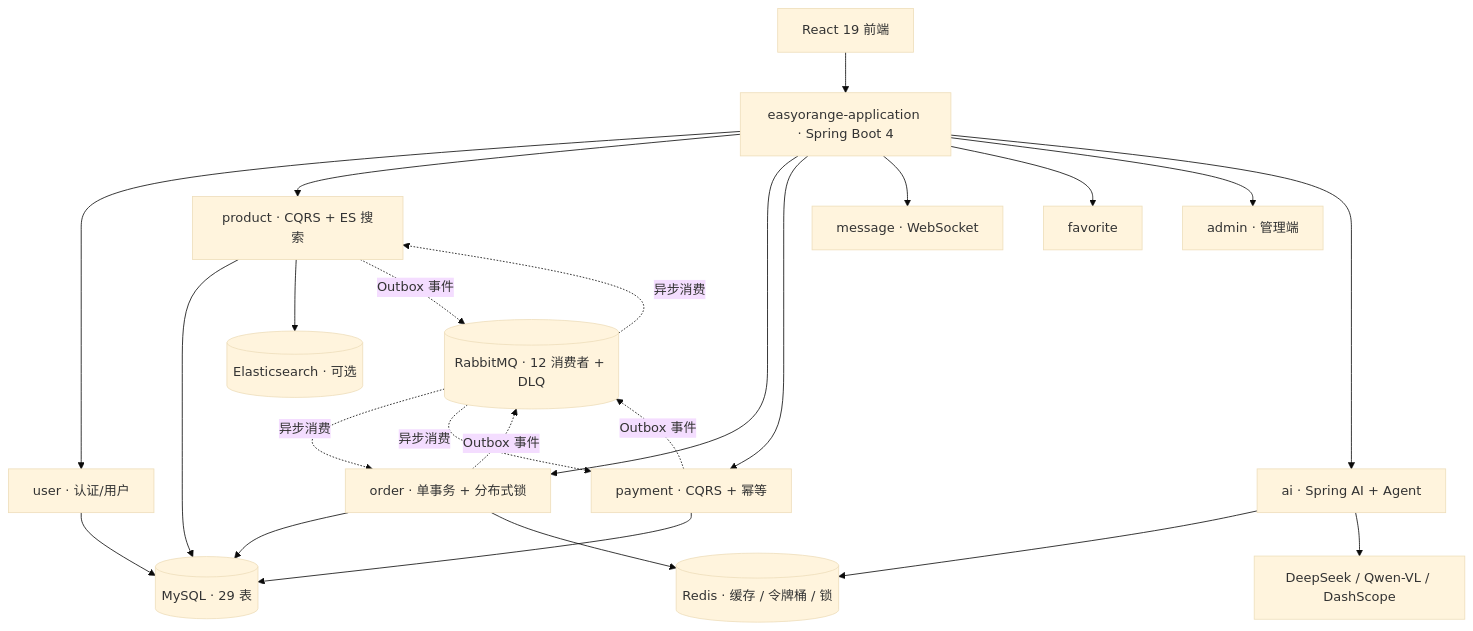
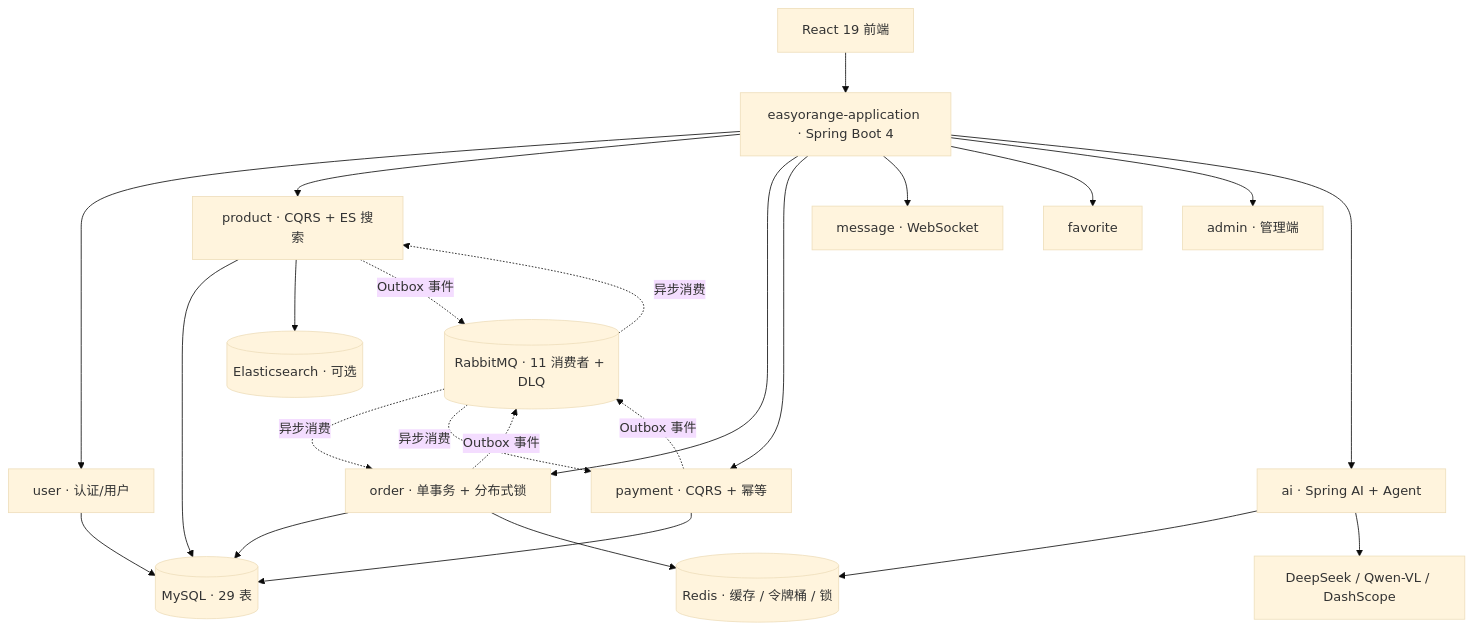
One commit to Xytheria-t/EasyOrange changed the diagram in README.md. Above: the diagram before and after it, drawn with Mermaid (base theme). The commit also changed other lines of this file and 14 other files, not shown here.

````diff
--- a/README.md
+++ b/README.md
@@ -41,46 +41,46 @@
 ```mermaid
 flowchart TB
     FE["React 19 前端"]
     APP["easyorange-application · Spring Boot 4"]
     USER["user · 认证/用户"]
     PROD["product · CQRS + ES 搜索"]
     ORD["order · 单事务 + 分布式锁"]
     PAY["payment · CQRS + 幂等"]
     MSG["message · WebSocket"]
     FAV["favorite"]
     ADMIN["admin · 管理端"]
     AI["ai · Spring AI + Agent"]
-    MQ[("RabbitMQ · 12 消费者 + DLQ")]
+    MQ[("RabbitMQ · 11 消费者 + DLQ")]
     DB[("MySQL · 29 表")]
     REDIS[("Redis · 缓存 / 令牌桶 / 锁")]
     ES[("Elasticsearch · 可选")]
     LLM["DeepSeek / Qwen-VL / DashScope"]
 
     FE --> APP
 
     APP --> USER
     APP --> PROD
     APP --> ORD
     APP --> PAY
     APP --> MSG
     APP --> FAV
     APP --> ADMIN
     APP --> AI
 
     USER --> DB
     PROD --> DB
     ORD --> DB
     PAY --> DB
     PROD --> ES
 
     ORD --> REDIS
     AI --> REDIS
     AI --> LLM
 
     PROD -. "Outbox 事件" .-> MQ
     ORD -. "Outbox 事件" .-> MQ
     PAY -. "Outbox 事件" .-> MQ
     MQ -. "异步消费" .-> PROD
     MQ -. "异步消费" .-> ORD
     MQ -. "异步消费" .-> PAY
 ```
````
